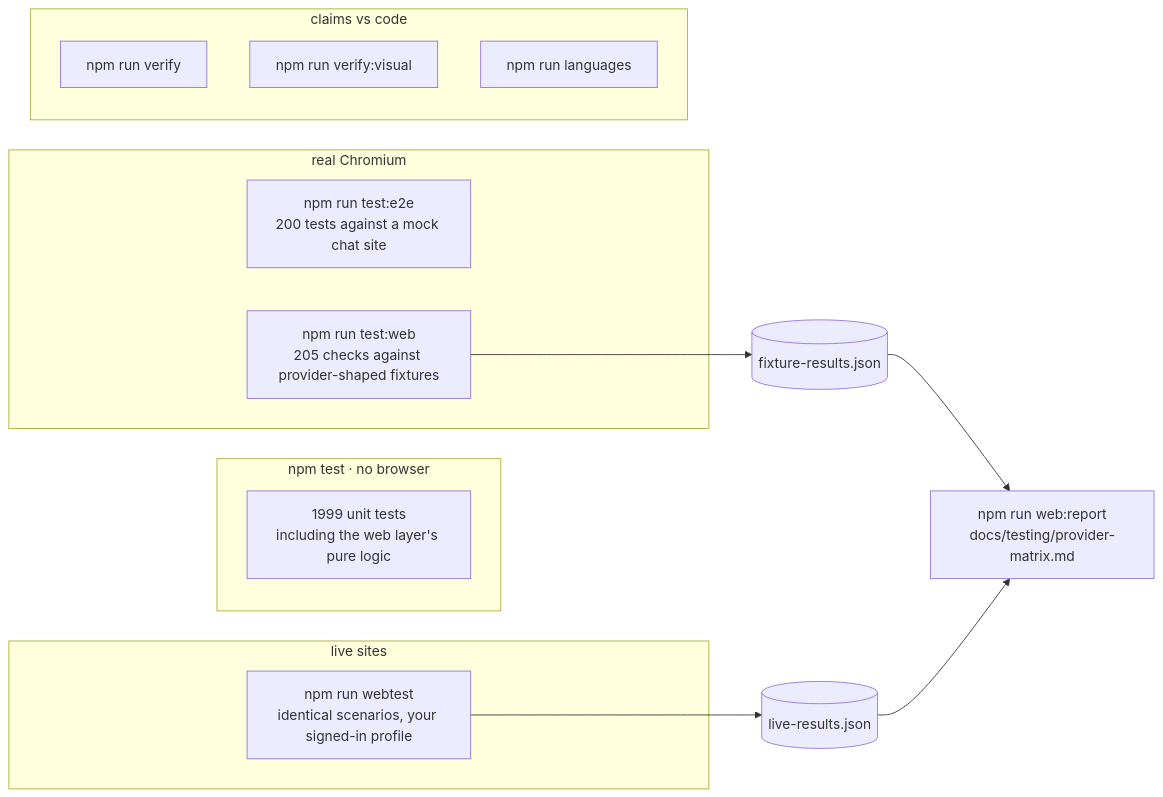
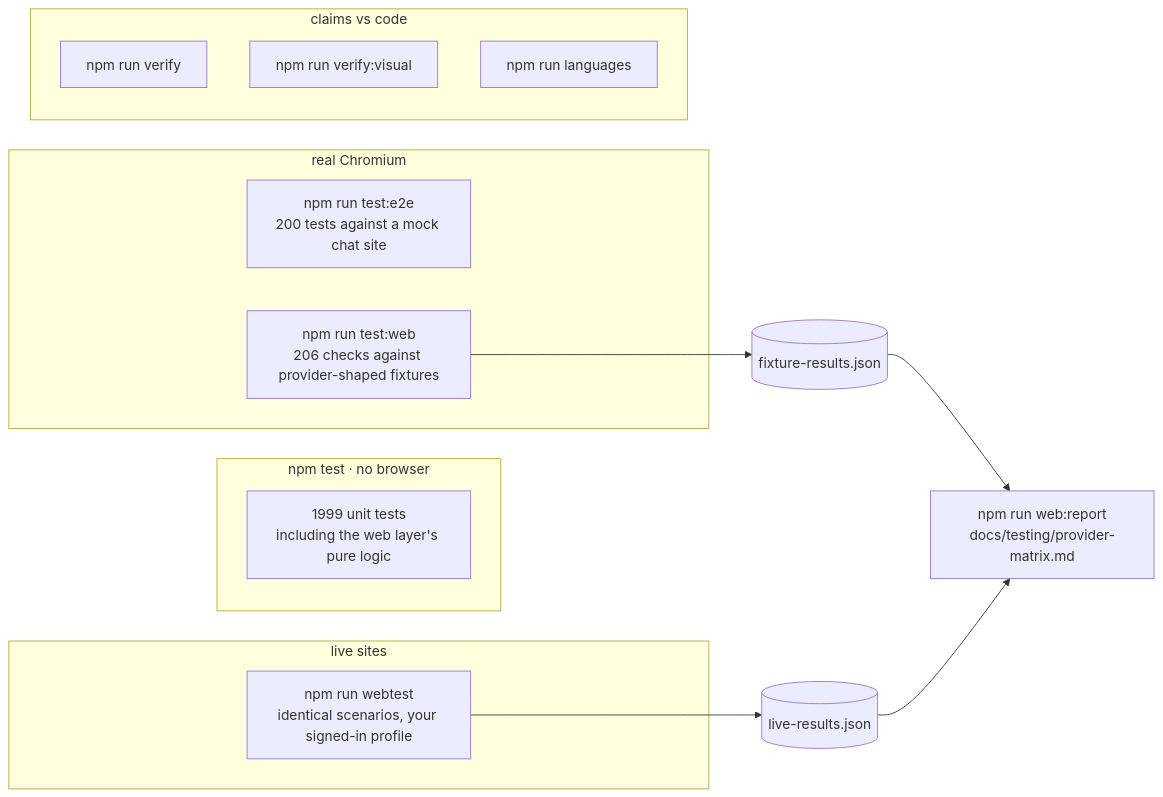
The eighth of 9 diagrams in README.md (siddarth1872004/CloseNI), drawn with Mermaid before and after one commit. The commit also changed other lines of this file and 7 other files, not shown here.

````diff
--- a/README.md
+++ b/README.md
@@ -593,21 +593,21 @@
 ```mermaid
 flowchart LR
     subgraph unit["npm test · no browser"]
         U1["1999 unit tests<br/>including the web layer's pure logic"]
     end
     subgraph browser["real Chromium"]
         E2E["npm run test:e2e<br/>200 tests against a mock chat site"]
-        WEB["npm run test:web<br/>205 checks against provider-shaped fixtures"]
+        WEB["npm run test:web<br/>206 checks against provider-shaped fixtures"]
     end
     subgraph live["live sites"]
         WT["npm run webtest<br/>identical scenarios, your signed-in profile"]
     end
     subgraph meta["claims vs code"]
         VF["npm run verify"]
         VV["npm run verify:visual"]
         LG["npm run languages"]
     end
     WEB --> FR[("fixture-results.json")]
     WT --> LR[("live-results.json")]
     FR & LR --> REP["npm run web:report<br/>docs/testing/provider-matrix.md"]
 ```
````
